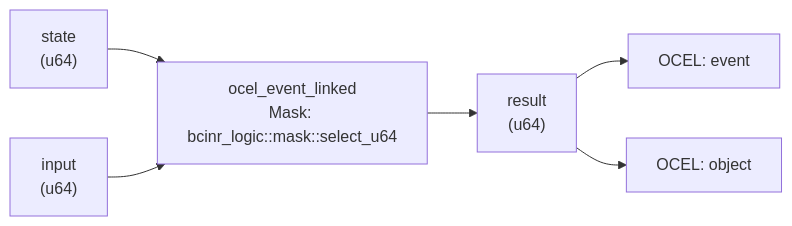
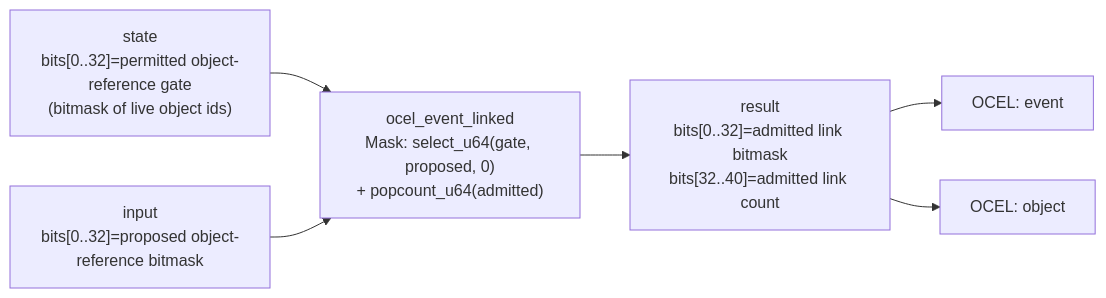
One commit to seanchatmangpt/bcinr changed the diagram in crates/wasm4games/docs/patterns/ocel_event_linked.md. Above: the diagram before and after it, drawn with Mermaid. The commit also changed other lines of this file and 36 other files, not shown here.

````diff
--- a/crates/wasm4games/docs/patterns/ocel_event_linked.md
+++ b/crates/wasm4games/docs/patterns/ocel_event_linked.md
@@ -56,14 +42,14 @@
 ```mermaid
 graph LR
-    state["state\n(u64)"]
-    input["input\n(u64)"]
-    kernel["ocel_event_linked\nMask: bcinr_logic::mask::select_u64"]
-    result["result\n(u64)"]
+    state["state\nbits[0..32]=permitted object-reference gate\n(bitmask of live object ids)"]
+    input["input\nbits[0..32]=proposed object-reference bitmask"]
+    kernel["ocel_event_linked\nMask: select_u64(gate, proposed, 0)\n+ popcount_u64(admitted)"]
+    result["result\nbits[0..32]=admitted link bitmask\nbits[32..40]=admitted link count"]
     state --> kernel
     input --> kernel
     kernel --> result
     ocel_0["OCEL: event"]
     result --> ocel_0
     ocel_1["OCEL: object"]
     result --> ocel_1
 ```
````
